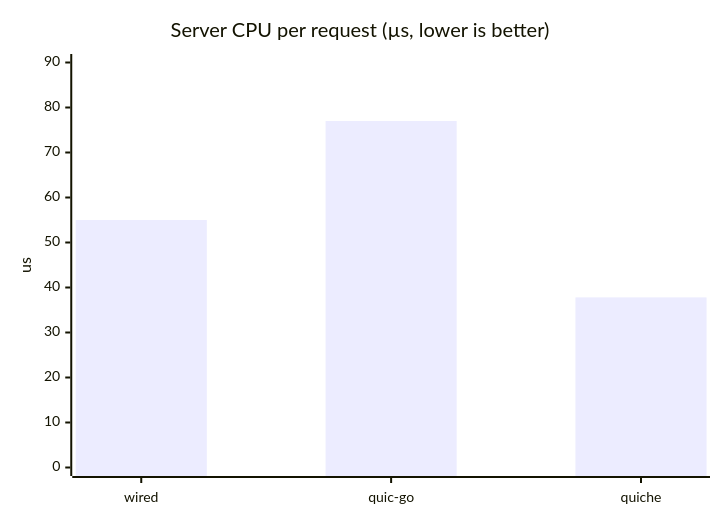
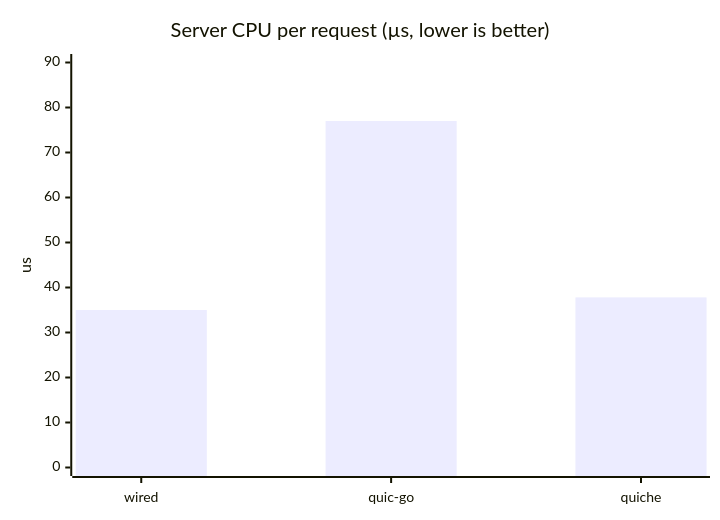
One commit to Hakkadaikon/wired changed the sixth of 6 diagrams in docs/performance/comparison.md. Above: the diagram before and after it, drawn with Mermaid. The commit also changed other lines of this file and 1 other file, not shown here.

````diff
--- a/docs/performance/comparison.md
+++ b/docs/performance/comparison.md
@@ -397,7 +407,7 @@
 ```mermaid
 xychart-beta
     title "Server CPU per request (µs, lower is better)"
     x-axis ["wired", "quic-go", "quiche"]
     y-axis "us" 0 --> 90
-    bar [55.0, 77.0, 37.8]
+    bar [35.0, 77.0, 37.8]
 ```
````
